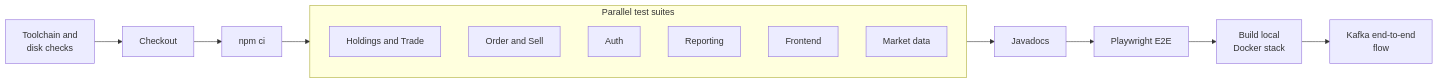
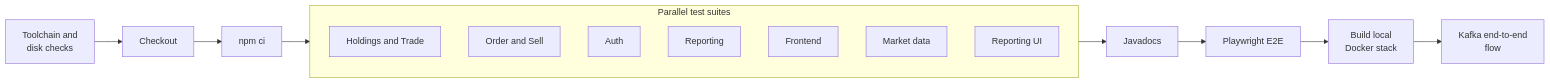
One commit to seankcheema/trading-season changed the fifth of 5 diagrams in README.md. Above: the diagram before and after it, drawn with Mermaid. The commit also changed other lines of this file and 71 other files, not shown here.

````diff
--- a/README.md
+++ b/README.md
@@ -152,14 +156,15 @@
 ```mermaid
 flowchart LR
     Pre["Toolchain and<br/>disk checks"] --> Checkout --> Deps["npm ci"]
     Deps --> Tests
     subgraph Tests["Parallel test suites"]
         T1["Holdings and Trade"]
         T2["Order and Sell"]
         T3["Auth"]
         T4["Reporting"]
         T5["Frontend"]
         T6["Market data"]
+        T7["Reporting UI"]
     end
     Tests --> Docs["Javadocs"] --> E2E["Playwright E2E"] --> Stack["Build local<br/>Docker stack"] --> Flow["Kafka end-to-end<br/>flow"]
 ```
````
